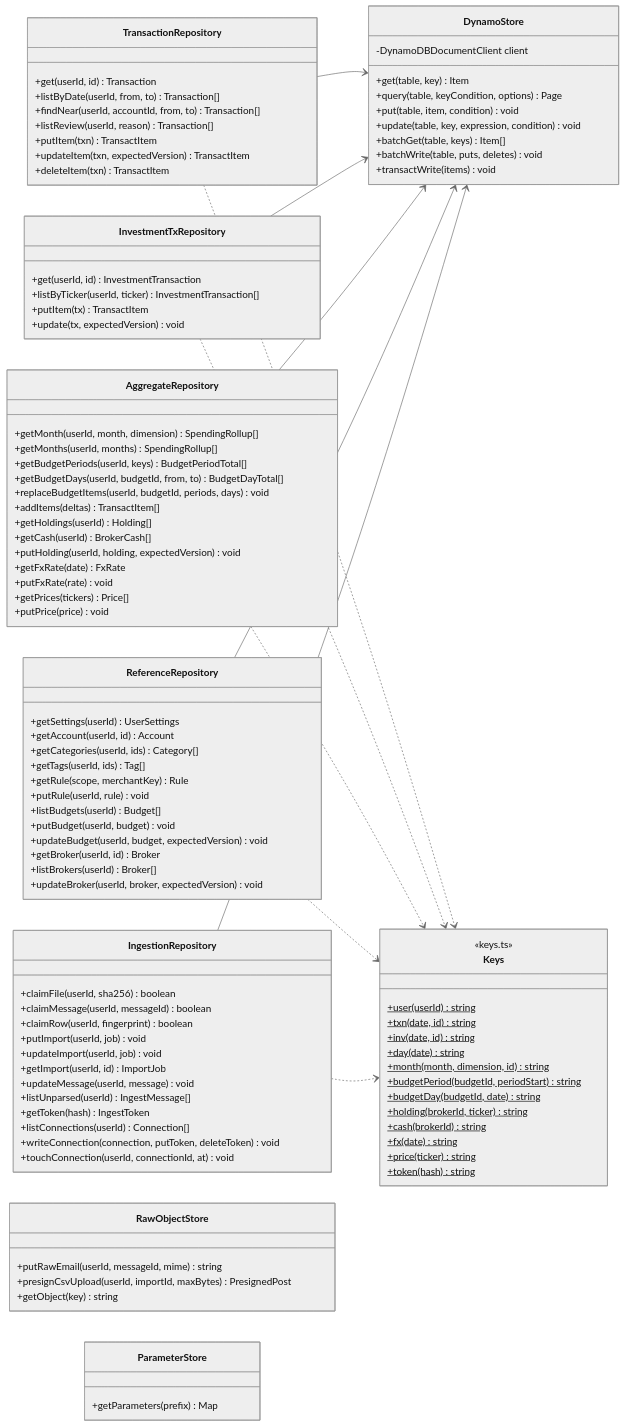
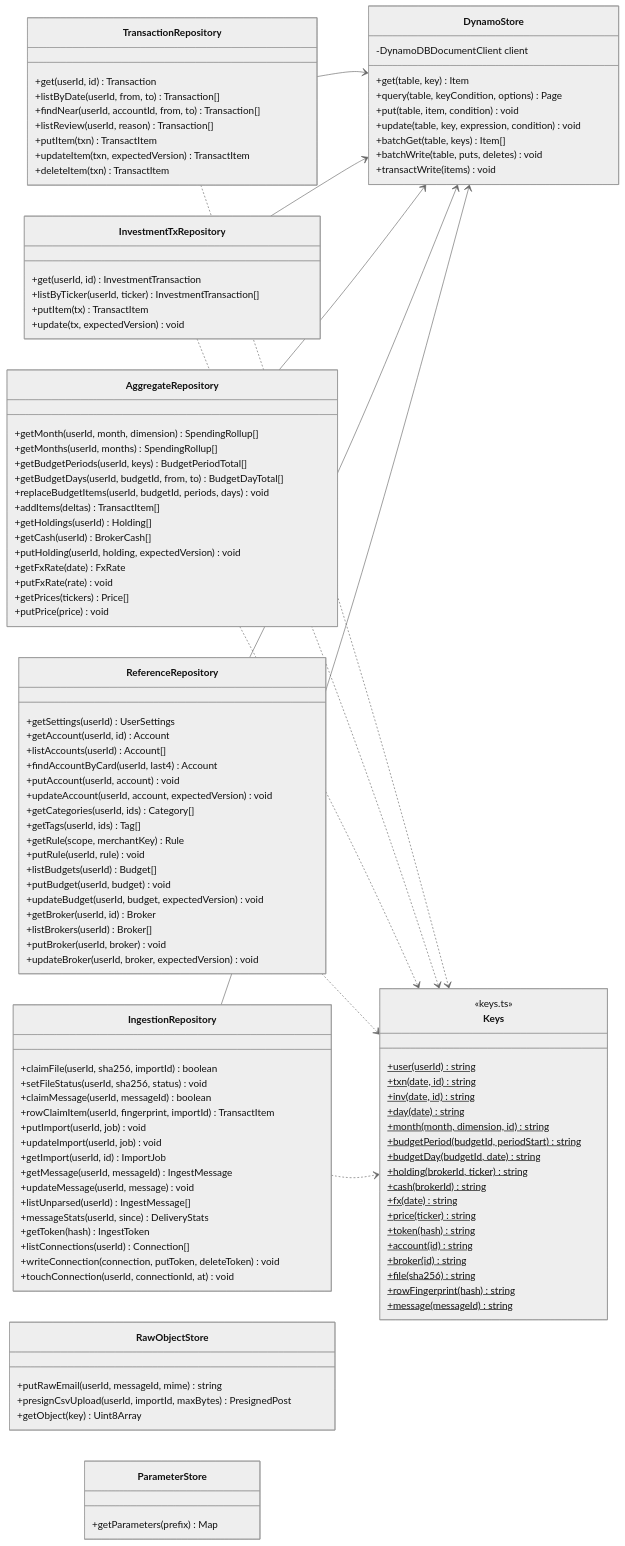
The sixth of 17 diagrams in docs/diagrams/class-diagram.md (Ezequiel294/cs3365-finance-app), drawn with Mermaid (neutral theme) before and after one commit. The commit also changed other lines of this file and 15 other files, not shown here.

Commit message:
attempt 2 diagram/architecture changes

```diff
--- a/docs/diagrams/class-diagram.md
+++ b/docs/diagrams/class-diagram.md
@@ -654,6 +882,11 @@
         +fx(date)$ string
         +price(ticker)$ string
         +token(hash)$ string
+        +account(id)$ string
+        +broker(id)$ string
+        +file(sha256)$ string
+        +rowFingerprint(hash)$ string
+        +message(messageId)$ string
     }
     class TransactionRepository {
         +get(userId, id) Transaction
@@ -688,6 +921,10 @@
     class ReferenceRepository {
         +getSettings(userId) UserSettings
         +getAccount(userId, id) Account
+        +listAccounts(userId) Account[]
+        +findAccountByCard(userId, last4) Account
+        +putAccount(userId, account) void
+        +updateAccount(userId, account, expectedVersion) void
         +getCategories(userId, ids) Category[]
         +getTags(userId, ids) Tag[]
         +getRule(scope, merchantKey) Rule
@@ -697,17 +934,21 @@
         +updateBudget(userId, budget, expectedVersion) void
         +getBroker(userId, id) Broker
         +listBrokers(userId) Broker[]
+        +putBroker(userId, broker) void
         +updateBroker(userId, broker, expectedVersion) void
     }
     class IngestionRepository {
-        +claimFile(userId, sha256) boolean
+        +claimFile(userId, sha256, importId) boolean
+        +setFileStatus(userId, sha256, status) void
         +claimMessage(userId, messageId) boolean
-        +claimRow(userId, fingerprint) boolean
+        +rowClaimItem(userId, fingerprint, importId) TransactItem
         +putImport(userId, job) void
         +updateImport(userId, job) void
         +getImport(userId, id) ImportJob
+        +getMessage(userId, messageId) IngestMessage
         +updateMessage(userId, message) void
         +listUnparsed(userId) IngestMessage[]
+        +messageStats(userId, since) DeliveryStats
         +getToken(hash) IngestToken
         +listConnections(userId) Connection[]
         +writeConnection(connection, putToken, deleteToken) void
@@ -716,7 +957,7 @@
     class RawObjectStore {
         +putRawEmail(userId, messageId, mime) string
         +presignCsvUpload(userId, importId, maxBytes) PresignedPost
-        +getObject(key) string
+        +getObject(key) Uint8Array
     }
     class ParameterStore {
         +getParameters(prefix) Map
```
